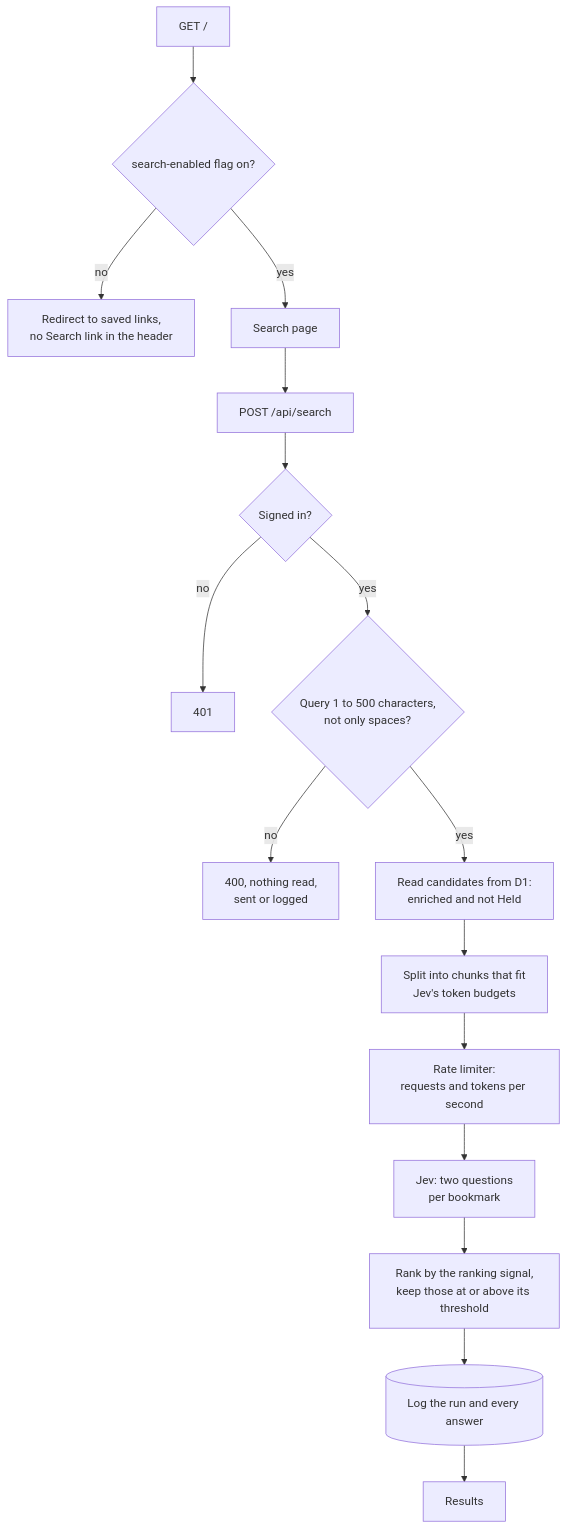
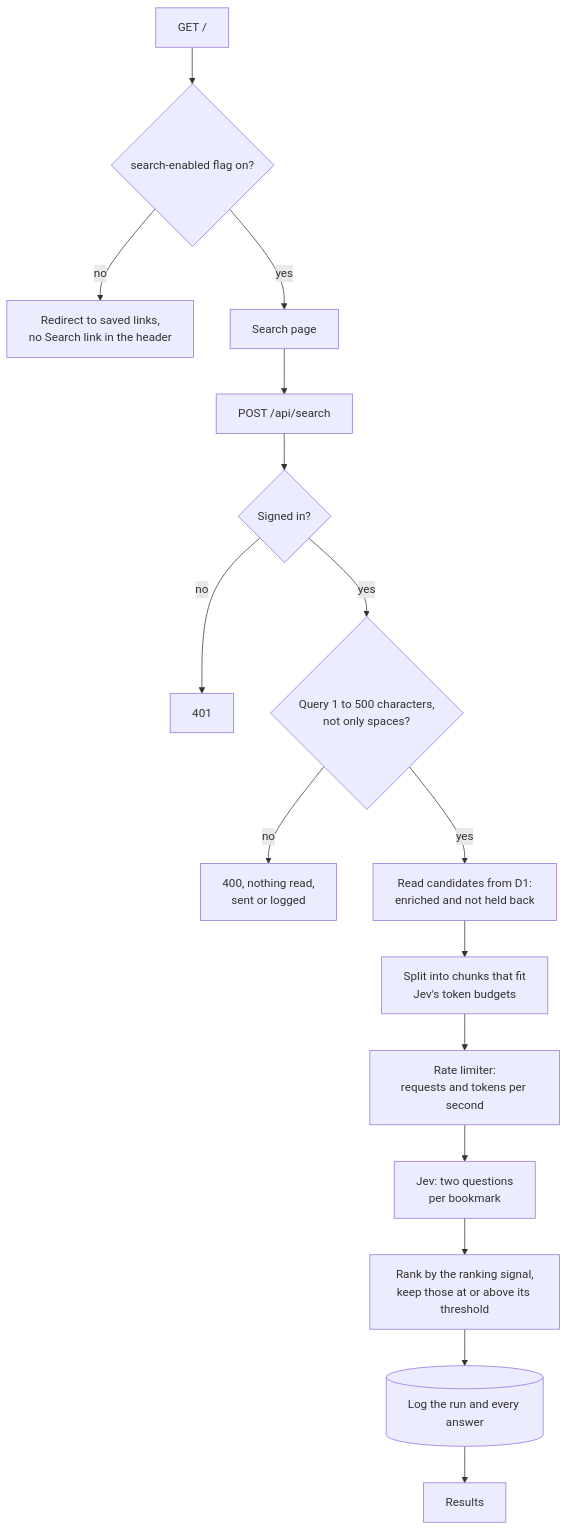
One commit to schalkneethling/schalkneethling.com changed the second of 2 diagrams in src/content/drafts/haystack-search-with-jev.md. Above: the diagram before and after it, drawn with Mermaid. The commit also changed other lines of this file, not shown here.

First line of the commit message:
draft: clarify the sensitivity check and save flow in Haystack search post

````diff
--- a/src/content/drafts/haystack-search-with-jev.md
+++ b/src/content/drafts/haystack-search-with-jev.md
@@ -75,18 +81,18 @@
 ```mermaid
 flowchart TD
     P[GET /] --> F{search-enabled flag on?}
     F -- no --> X2[Redirect to saved links,<br>no Search link in the header]
     F -- yes --> SP[Search page]
     SP --> Q[POST /api/search]
     Q --> S{Signed in?}
     S -- no --> X1[401]
     S -- yes --> V{Query 1 to 500 characters,<br>not only spaces?}
     V -- no --> X3[400, nothing read,<br>sent or logged]
-    V -- yes --> C[Read candidates from D1:<br>enriched and not Held]
+    V -- yes --> C[Read candidates from D1:<br>enriched and not held back]
     C --> CH[Split into chunks that fit<br>Jev's token budgets]
     CH --> LIM[Rate limiter:<br>requests and tokens per second]
     LIM --> J[Jev: two questions<br>per bookmark]
     J --> R[Rank by the ranking signal,<br>keep those at or above its threshold]
     R --> LOG[(Log the run and every answer)]
     LOG --> OUT[Results]
 ```
````
